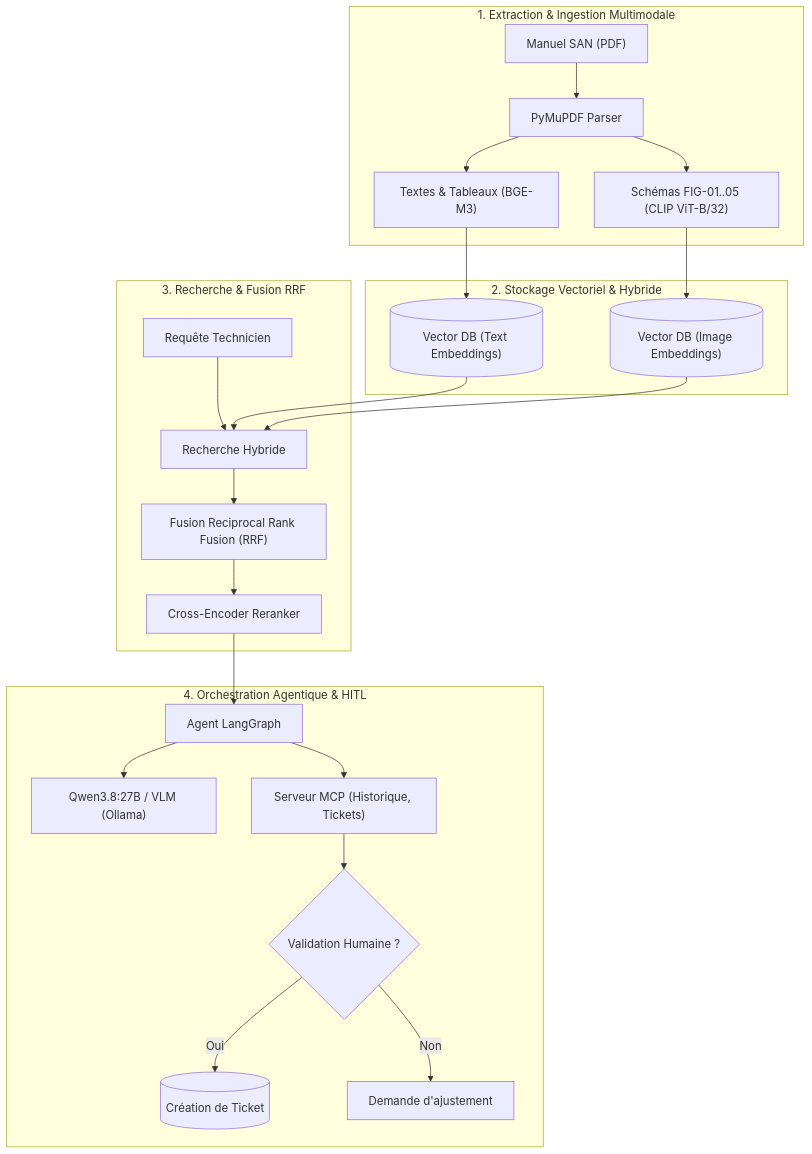
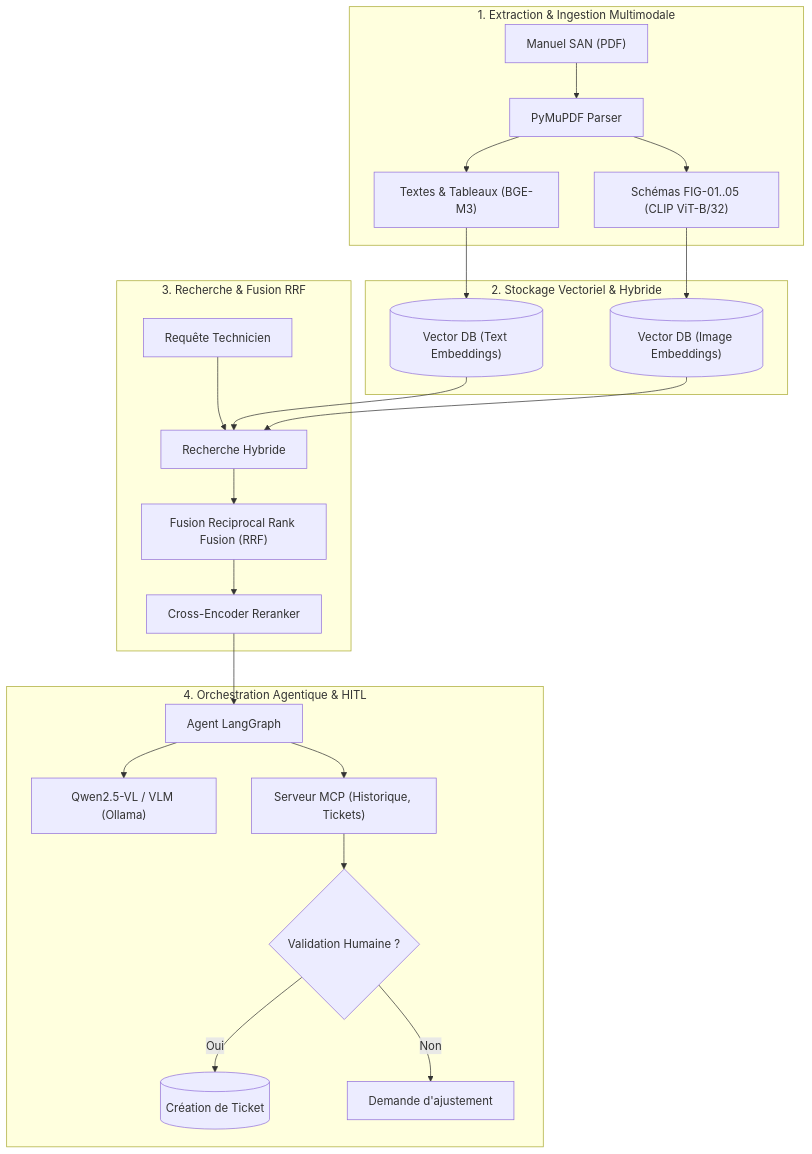
Before and after one commit to riyadh03/MaintiDoc_SAN_AYOGNIDE: the diagram in README.md, drawn with Mermaid. The commit also changed other lines of this file and 8 other files, not shown here.

````diff
--- a/README.md
+++ b/README.md
@@ -25,30 +25,30 @@
 ```mermaid
 flowchart TD
     subgraph Ingestion ["1. Extraction & Ingestion Multimodale"]
         PDF["Manuel SAN (PDF)"] --> PyMuPDF["PyMuPDF Parser"]
         PyMuPDF --> TextChunk["Textes & Tableaux (BGE-M3)"]
         PyMuPDF --> ImgChunk["Schémas FIG-01..05 (CLIP ViT-B/32)"]
     end
 
     subgraph Storage ["2. Stockage Vectoriel & Hybride"]
         TextChunk --> VecStoreText[("Vector DB (Text Embeddings)")]
         ImgChunk --> VecStoreImg[("Vector DB (Image Embeddings)")]
     end
 
     subgraph Retrieval ["3. Recherche & Fusion RRF"]
         UserQuery["Requête Technicien"] --> HybridSearch["Recherche Hybride"]
         VecStoreText --> HybridSearch
         VecStoreImg --> HybridSearch
         HybridSearch --> RRF["Fusion Reciprocal Rank Fusion (RRF)"]
         RRF --> Reranker["Cross-Encoder Reranker"]
     end
 
     subgraph Agent ["4. Orchestration Agentique & HITL"]
         Reranker --> LangGraph["Agent LangGraph"]
-        LangGraph --> LLM["Qwen3.8:27B / VLM (Ollama)"]
+        LangGraph --> LLM["Qwen2.5-VL / VLM (Ollama)"]
         LangGraph --> MCP["Serveur MCP (Historique, Tickets)"]
         MCP --> HITL{"Validation Humaine ?"}
         HITL -->|Oui| TicketSystem[("Création de Ticket")]
         HITL -->|Non| Clarification["Demande d'ajustement"]
     end
 ```
````
